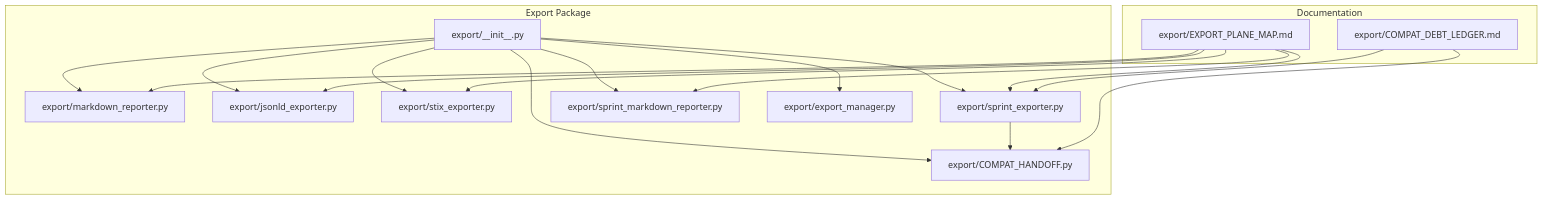
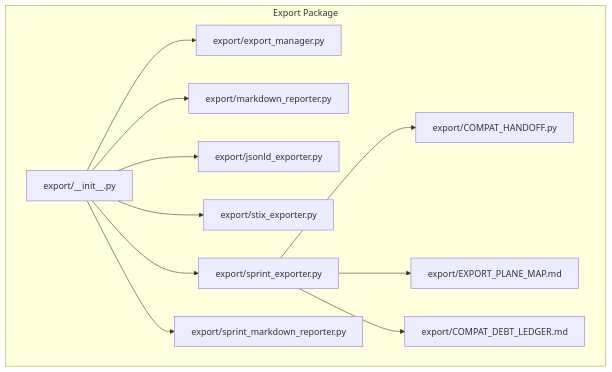
The first of 9 diagrams in .qoder/repowiki/en/content/Export and Reporting/Export and Reporting.md (Hamulda/hledac-universal), drawn with Mermaid before and after one commit. The commit also changed other lines of this file and 236 other files, not shown here.

````diff
--- a/.qoder/repowiki/en/content/Export and Reporting/Export and Reporting.md
+++ b/.qoder/repowiki/en/content/Export and Reporting/Export and Reporting.md
@@ -44,32 +35,24 @@
 ```mermaid
 graph TB
 subgraph "Export Package"
 A["export/__init__.py"]
-B["export/markdown_reporter.py"]
-C["export/jsonld_exporter.py"]
-D["export/stix_exporter.py"]
-E["export/sprint_exporter.py"]
-F["export/sprint_markdown_reporter.py"]
-G["export/export_manager.py"]
+B["export/export_manager.py"]
+C["export/markdown_reporter.py"]
+D["export/jsonld_exporter.py"]
+E["export/stix_exporter.py"]
+F["export/sprint_exporter.py"]
+G["export/sprint_markdown_reporter.py"]
 H["export/COMPAT_HANDOFF.py"]
-end
-subgraph "Documentation"
-I["export/EXPORT_PLANE_MAP.md"]
-J["export/COMPAT_DEBT_LEDGER.md"]
+I["export/COMPAT_DEBT_LEDGER.md"]
+J["export/EXPORT_PLANE_MAP.md"]
 end
 A --> B
 A --> C
 A --> D
 A --> E
 A --> F
 A --> G
-A --> H
-E --> H
-I --> E
-I --> B
-I --> C
-I --> D
-I --> F
-J --> H
-J --> E
+F --> H
+F --> J
+F --> I
 ```
````
